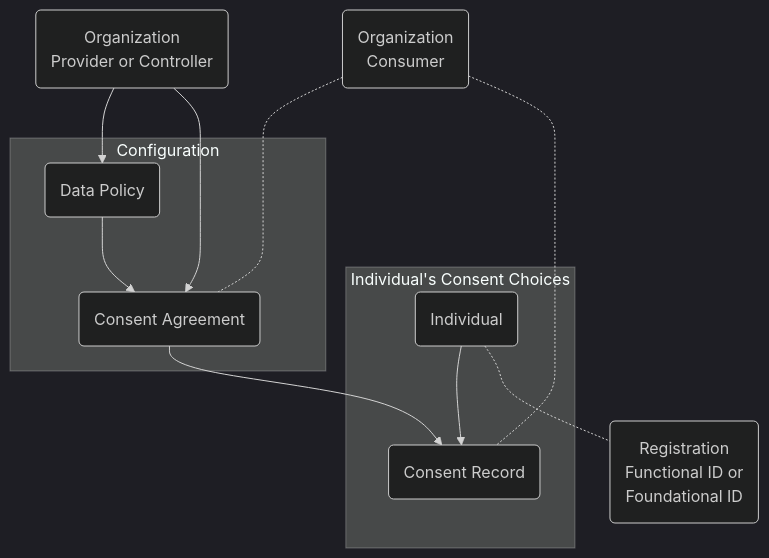
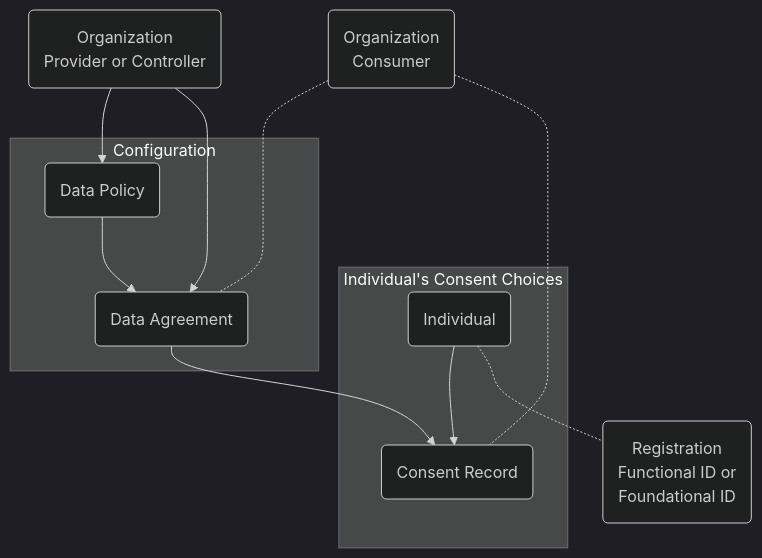
Before and after one commit to GovStackWorkingGroup/bb-consent: the diagram in spec/diagrams/graph-data-resource-model-simplified.mermaid, drawn with Mermaid (dark theme). The commit also changed 6 other files, not shown here.

Commit message:
Update diagrams, renaming "Agreement" => "Data Agreement"

```diff
--- a/spec/diagrams/graph-data-resource-model-simplified.mermaid
+++ b/spec/diagrams/graph-data-resource-model-simplified.mermaid
@@ -1,19 +1,19 @@
 graph TD
 
 subgraph Individual's Consent Choices
 consentRecord(Consent Record)
 individual(Individual) --> consentRecord
 end
 
 individual -.- registration(Registration<br>Functional ID or<br>Foundational ID)
 
 subgraph Configuration
-agreement(Consent Agreement) --> consentRecord
+agreement(Data Agreement) --> consentRecord
 policy --> agreement
 end
 
 org --> policy(Data Policy)
 
 consumer(Organization <br> Consumer) -..- agreement
 consumer -..- consentRecord
 org(Organization <br> Provider or Controller) --> agreement
```
